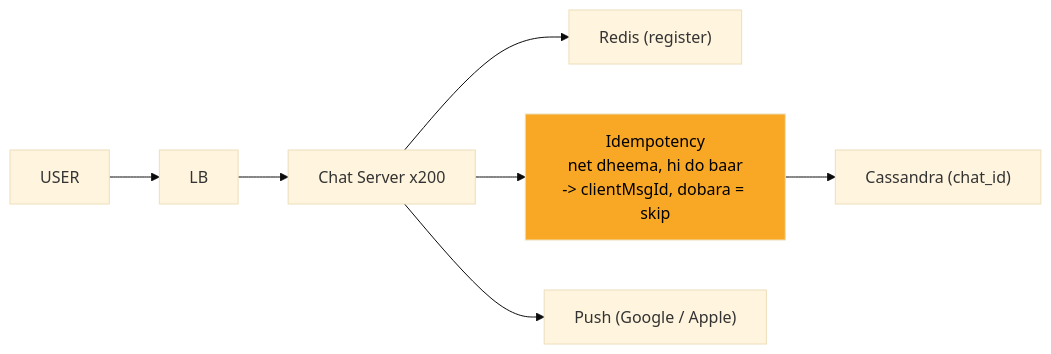
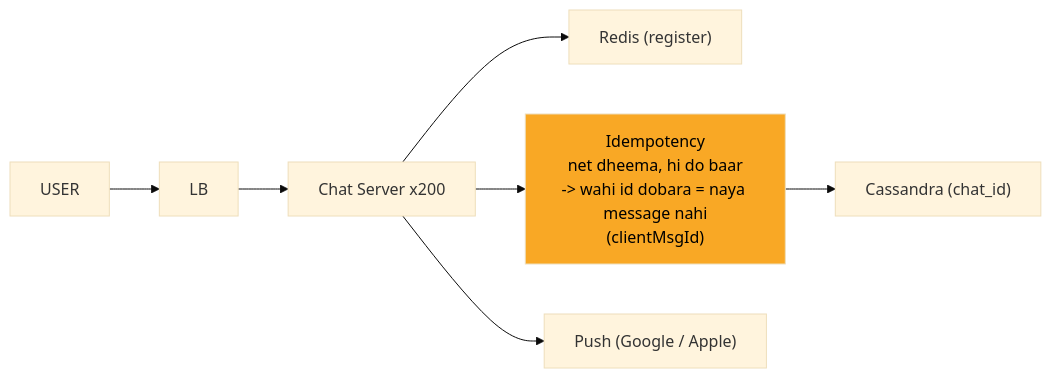
One commit to ArpanMaheshwari144/Prep changed the sixth of 12 diagrams in 04_HLD/SYSTEM_DESIGNS/14_chat_messaging/14_chat_messaging.md. Above: the diagram before and after it, drawn with Mermaid (base theme). The commit also changed other lines of this file and 13 other files, not shown here.

````diff
--- a/04_HLD/SYSTEM_DESIGNS/14_chat_messaging/14_chat_messaging.md
+++ b/04_HLD/SYSTEM_DESIGNS/14_chat_messaging/14_chat_messaging.md
@@ -242,17 +242,17 @@
 ```mermaid
 flowchart LR
     n_U["USER"]
     n_LB["LB"]
     n_CS["Chat Server x200"]
     n_R["Redis (register)"]
-    n_I["Idempotency<br/>net dheema, hi do baar<br/>-> clientMsgId, dobara = skip"]
+    n_I["Idempotency<br/>net dheema, hi do baar<br/>-> wahi id dobara = naya message nahi<br/>(clientMsgId)"]
     n_CA["Cassandra (chat_id)"]
     n_P["Push (Google / Apple)"]
     n_U --> n_LB
     n_LB --> n_CS
     n_CS --> n_R
     n_CS --> n_I
     n_I --> n_CA
     n_CS --> n_P
     style n_I fill:#f9a825,color:#000
 ```
````
